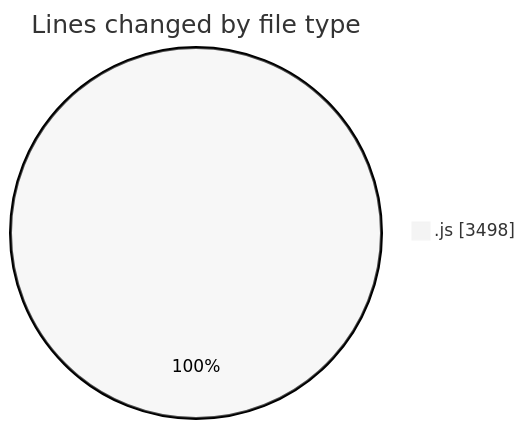
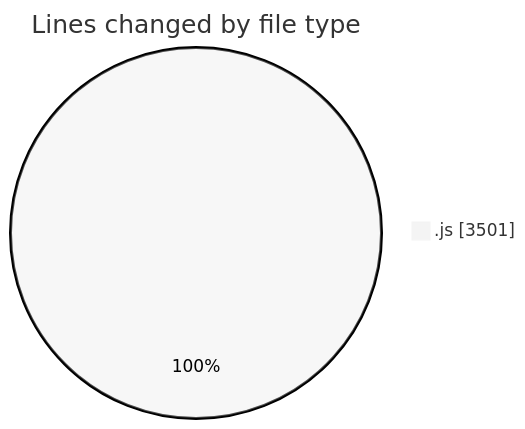
Before and after one commit to nxtqubesakshisongat/code-tracking: the first of 2 diagrams in 2025-08-11/nxtqube_webapp/README.md, drawn with Mermaid (neutral theme). The commit also changed other lines of this file and 1 other file, not shown here.

````diff
--- a/2025-08-11/nxtqube_webapp/README.md
+++ b/2025-08-11/nxtqube_webapp/README.md
@@ -21,5 +21,5 @@
 ```mermaid
 pie showData
 title Lines changed by file type
-".js" : 3498
+".js" : 3501
 ```
````
